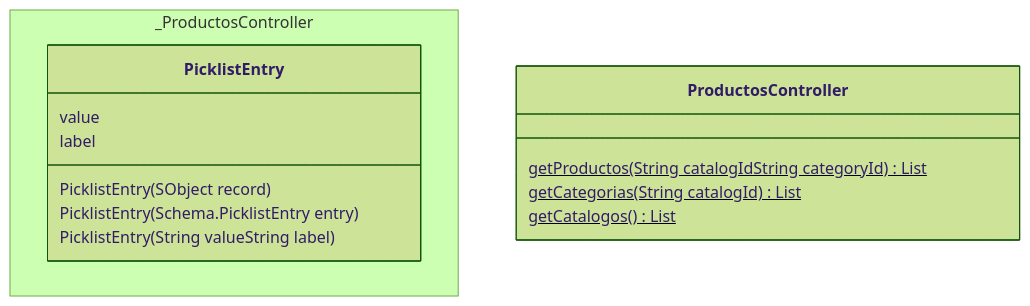
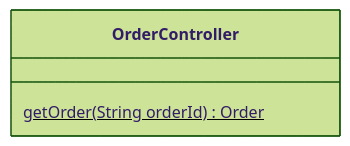
The first of 2 diagrams in docs/ventas/intro.md (sebastianclaros/teatime), drawn with Mermaid (forest theme) before and after one commit. The commit also changed other lines of this file and 27 other files, not shown here.

````diff
--- a/docs/ventas/intro.md
+++ b/docs/ventas/intro.md
@@ -12,28 +13,11 @@
 ```mermaid
 classDiagram
 
 
-    class PicklistEntry {
-         value     
-         label     
-     PicklistEntry(SObject record)  
-     PicklistEntry(Schema.PicklistEntry entry)  
-     PicklistEntry(String valueString label)  
+    class OrderController {
+         getOrder(String orderId) Order $
 
     }
 
-    link PicklistEntry "./diccionarios/classes/PicklistEntry" 
-
-
-    class ProductosController {
-         getProductos(String catalogIdString categoryId) List $
-         getCategorias(String catalogId) List $
-         getCatalogos() List $
-
-    }
-
-    link ProductosController "./diccionarios/classes/ProductosController" 
- namespace _ProductosController {
-    class PicklistEntry 
-}
+    link OrderController "./diccionarios/classes/OrderController" 
 ```
````
